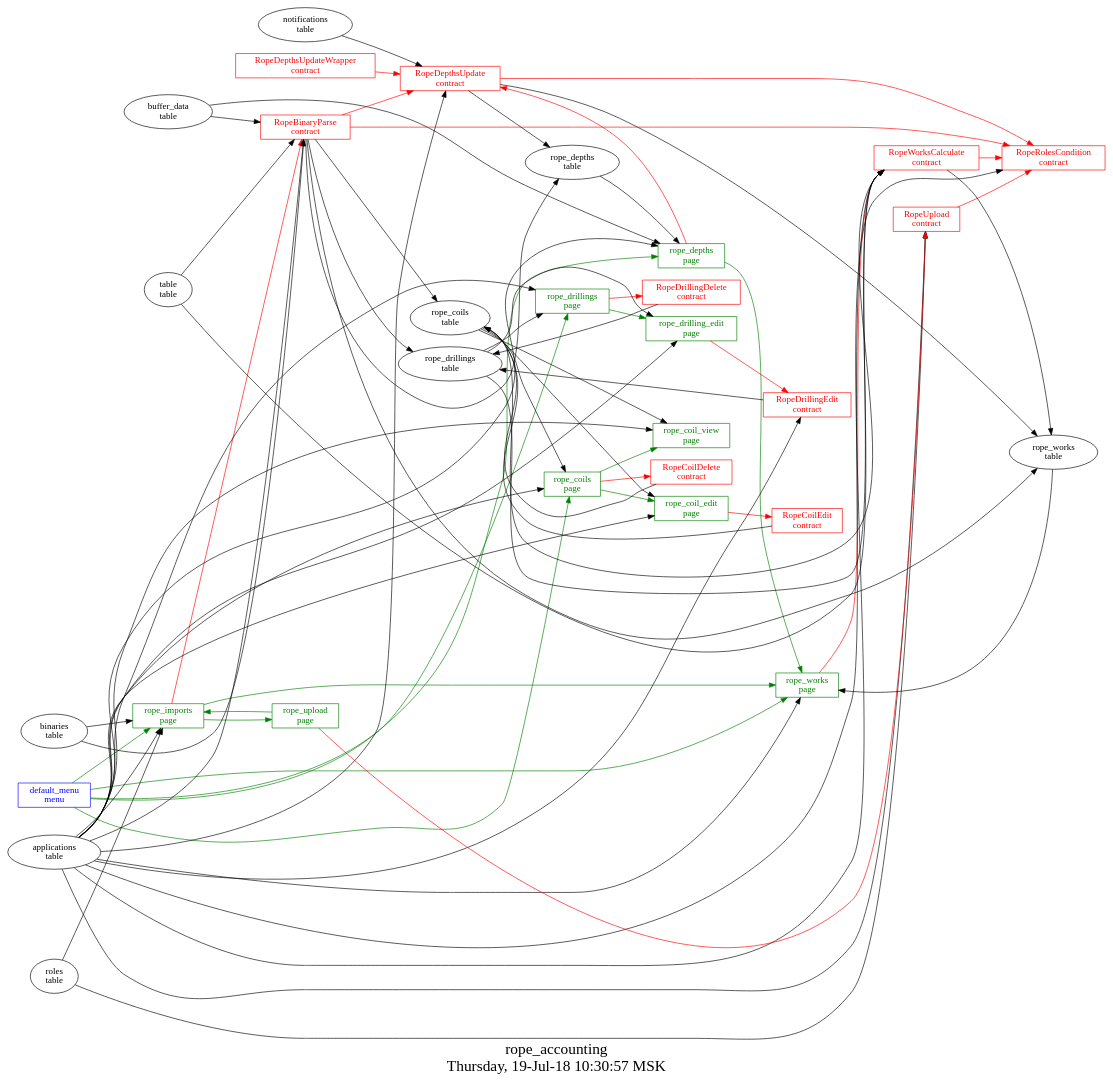
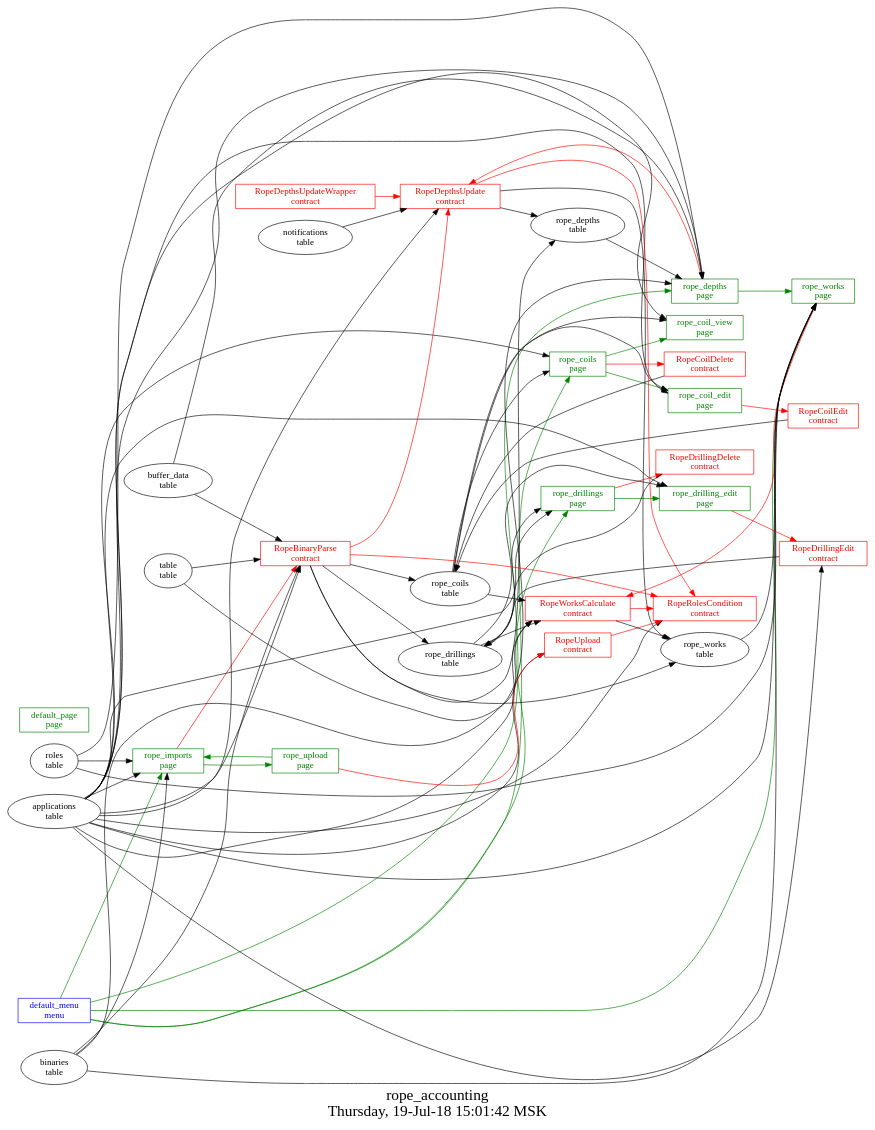
One commit to AplaProject/apps changed the diagram in src/rope_accounting/struct.dot. Above: the diagram before and after it, drawn with Graphviz. The commit also changed 2 other files, not shown here.

```diff
--- a/src/rope_accounting/struct.dot
+++ b/src/rope_accounting/struct.dot
@@ -1,103 +1,106 @@
 digraph G {
 graph [
   fontsize="24";
-  label="rope_accounting\nThursday, 19-Jul-18 10:30:57 MSK";
+  label="rope_accounting\nThursday, 19-Jul-18 15:01:42 MSK";
   nojustify=true;
   ordering=out;
   rankdir=LR;
   size="30";
 ];
 "default_menu\nmenu" -> "rope_imports\npage"  [ color=green ]
 "default_menu\nmenu" -> "rope_works\npage"  [ color=green ]
 "default_menu\nmenu" -> "rope_depths\npage"  [ color=green ]
 "default_menu\nmenu" -> "rope_drillings\npage"  [ color=green ]
 "default_menu\nmenu" -> "rope_coils\npage"  [ color=green ]
 "default_menu\nmenu" [color=blue, fontcolor=blue, group=menus, shape=record];
+"default_page\npage" [color=green, fontcolor=green, group=pages, shape=record];
 "rope_coil_edit\npage" -> "RopeCoilEdit\ncontract"  [ color=red ]
 "applications\ntable" -> "rope_coil_edit\npage"
 "rope_coils\ntable" -> "rope_coil_edit\npage"
 "rope_coil_edit\npage" [color=green, fontcolor=green, group=pages, shape=record];
 "applications\ntable" -> "rope_coil_view\npage"
 "rope_coils\ntable" -> "rope_coil_view\npage"
 "rope_coil_view\npage" [color=green, fontcolor=green, group=pages, shape=record];
 "rope_coils\npage" -> "RopeCoilDelete\ncontract"  [ color=red ]
 "applications\ntable" -> "rope_coils\npage"
 "rope_coils\ntable" -> "rope_coils\npage"
 "rope_coils\npage" -> "rope_coil_edit\npage"  [ color=green ]
 "rope_coils\npage" -> "rope_coil_view\npage"  [ color=green ]
 "rope_coils\npage" [color=green, fontcolor=green, group=pages, shape=record];
 "rope_depths\npage" -> "RopeDepthsUpdate\ncontract"  [ color=red ]
 "applications\ntable" -> "rope_depths\npage"
 "rope_depths\ntable" -> "rope_depths\npage"
+"roles\ntable" -> "rope_depths\npage"
+"binaries\ntable" -> "rope_depths\npage"
 "buffer_data\ntable" -> "rope_depths\npage"
 "rope_depths\npage" -> "rope_works\npage"  [ color=green ]
 "rope_depths\npage" [color=green, fontcolor=green, group=pages, shape=record];
 "rope_drilling_edit\npage" -> "RopeDrillingEdit\ncontract"  [ color=red ]
 "applications\ntable" -> "rope_drilling_edit\npage"
 "rope_drillings\ntable" -> "rope_drilling_edit\npage"
 "rope_drilling_edit\npage" [color=green, fontcolor=green, group=pages, shape=record];
 "rope_drillings\npage" -> "RopeDrillingDelete\ncontract"  [ color=red ]
 "applications\ntable" -> "rope_drillings\npage"
 "rope_drillings\ntable" -> "rope_drillings\npage"
 "rope_drillings\npage" -> "rope_drilling_edit\npage"  [ color=green ]
 "rope_drillings\npage" [color=green, fontcolor=green, group=pages, shape=record];
 "rope_imports\npage" -> "RopeBinaryParse\ncontract"  [ color=red ]
 "applications\ntable" -> "rope_imports\npage"
 "roles\ntable" -> "rope_imports\npage"
 "binaries\ntable" -> "rope_imports\npage"
-"rope_imports\npage" -> "rope_works\npage"  [ color=green ]
 "rope_imports\npage" -> "rope_upload\npage"  [ color=green ]
 "rope_imports\npage" [color=green, fontcolor=green, group=pages, shape=record];
 "rope_upload\npage" -> "RopeUpload\ncontract"  [ color=red ]
 "rope_upload\npage" -> "rope_imports\npage"  [ color=green ]
 "rope_upload\npage" [color=green, fontcolor=green, group=pages, shape=record];
 "rope_works\npage" -> "RopeWorksCalculate\ncontract"  [ color=red ]
 "applications\ntable" -> "rope_works\npage"
 "rope_works\ntable" -> "rope_works\npage"
+"roles\ntable" -> "rope_works\npage"
+"binaries\ntable" -> "rope_works\npage"
 "rope_works\npage" [color=green, fontcolor=green, group=pages, shape=record];
 "RopeBinaryParse\ncontract" -> "RopeDepthsUpdate\ncontract"  [ color=red ]
 "RopeBinaryParse\ncontract" -> "RopeRolesCondition\ncontract"  [ color=red ]
 "RopeBinaryParse\ncontract" -> "rope_coils\ntable"  [ color="" ]
 "RopeBinaryParse\ncontract" -> "rope_drillings\ntable"  [ color="" ]
 "RopeBinaryParse\ncontract" -> "rope_works\ntable"  [ color="" ]
 "RopeBinaryParse\ncontract" -> "rope_depths\ntable"  [ color="" ]
 "table\ntable" -> "RopeBinaryParse\ncontract"
 "buffer_data\ntable" -> "RopeBinaryParse\ncontract"
 "binaries\ntable" -> "RopeBinaryParse\ncontract"
 "applications\ntable" -> "RopeBinaryParse\ncontract"
 "RopeBinaryParse\ncontract" [color=red, fontcolor=red, group=contracts, shape=record];
 "RopeCoilDelete\ncontract" -> "rope_coils\ntable"  [ color="" ]
 "RopeCoilDelete\ncontract" [color=red, fontcolor=red, group=contracts, shape=record];
 "RopeCoilEdit\ncontract" -> "rope_coils\ntable"  [ color="" ]
 "RopeCoilEdit\ncontract" [color=red, fontcolor=red, group=contracts, shape=record];
 "RopeDepthsUpdate\ncontract" -> "RopeRolesCondition\ncontract"  [ color=red ]
 "RopeDepthsUpdate\ncontract" -> "rope_works\ntable"  [ color="" ]
 "RopeDepthsUpdate\ncontract" -> "rope_depths\ntable"  [ color="" ]
 "notifications\ntable" -> "RopeDepthsUpdate\ncontract"
 "applications\ntable" -> "RopeDepthsUpdate\ncontract"
 "RopeDepthsUpdate\ncontract" [color=red, fontcolor=red, group=contracts, shape=record];
 "RopeDepthsUpdateWrapper\ncontract" -> "RopeDepthsUpdate\ncontract"  [ color=red ]
 "RopeDepthsUpdateWrapper\ncontract" [color=red, fontcolor=red, group=contracts, shape=record];
 "RopeDrillingDelete\ncontract" -> "rope_drillings\ntable"  [ color="" ]
 "RopeDrillingDelete\ncontract" [color=red, fontcolor=red, group=contracts, shape=record];
 "RopeDrillingEdit\ncontract" -> "rope_drillings\ntable"  [ color="" ]
 "applications\ntable" -> "RopeDrillingEdit\ncontract"
 "RopeDrillingEdit\ncontract" [color=red, fontcolor=red, group=contracts, shape=record];
 "applications\ntable" -> "RopeRolesCondition\ncontract"
 "RopeRolesCondition\ncontract" [color=red, fontcolor=red, group=contracts, shape=record];
 "RopeUpload\ncontract" -> "RopeRolesCondition\ncontract"  [ color=red ]
 "applications\ntable" -> "RopeUpload\ncontract"
-"roles\ntable" -> "RopeUpload\ncontract"
 "RopeUpload\ncontract" [color=red, fontcolor=red, group=contracts, shape=record];
 "RopeWorksCalculate\ncontract" -> "RopeRolesCondition\ncontract"  [ color=red ]
 "RopeWorksCalculate\ncontract" -> "rope_works\ntable"  [ color="" ]
 "table\ntable" -> "RopeWorksCalculate\ncontract"
 "applications\ntable" -> "RopeWorksCalculate\ncontract"
 "rope_coils\ntable" -> "RopeWorksCalculate\ncontract"
 "rope_drillings\ntable" -> "RopeWorksCalculate\ncontract"
 "RopeWorksCalculate\ncontract" [color=red, fontcolor=red, group=contracts, shape=record];
 "rope_coils\ntable" [color="", fontcolor="", group=tables, shape=""];
 "rope_depths\ntable" [color="", fontcolor="", group=tables, shape=""];
 "rope_drillings\ntable" [color="", fontcolor="", group=tables, shape=""];
 "rope_works\ntable" [color="", fontcolor="", group=tables, shape=""];
 }
```
